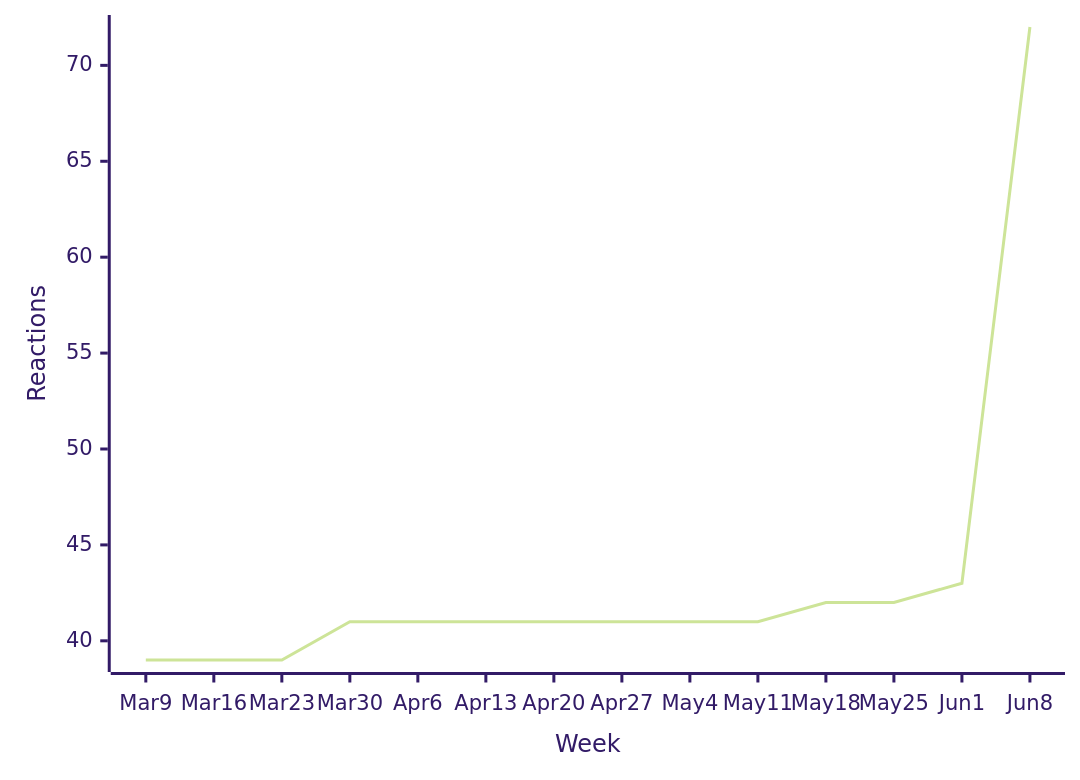
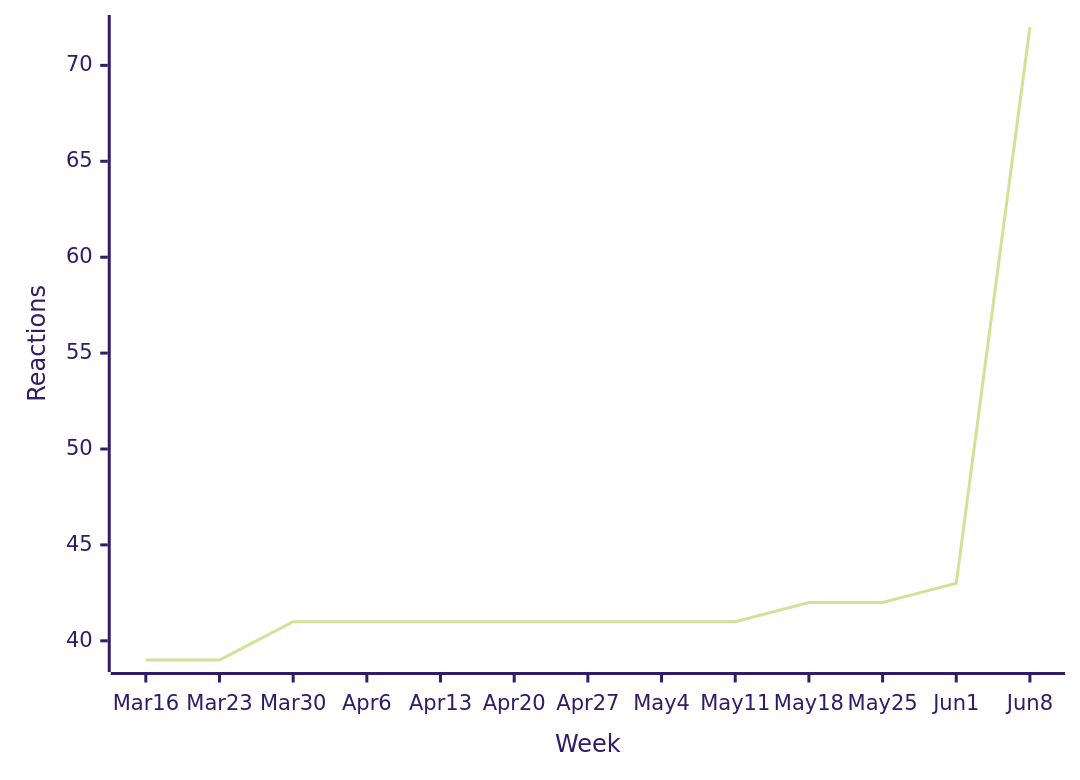
The third of 45 diagrams in README.md (loic-sharma/github-insights), drawn with Mermaid (forest theme) before and after one commit. The commit also changed other lines of this file and 3 other files, not shown here.

````diff
--- a/README.md
+++ b/README.md
@@ -373,6 +373,6 @@
   ```mermaid
   xychart-beta
-    x-axis "Week" [Mar 9, Mar 16, Mar 23, Mar 30, Apr 6, Apr 13, Apr 20, Apr 27, May 4, May 11, May 18, May 25, Jun 1, Jun 8]
+    x-axis "Week" [Mar 16, Mar 23, Mar 30, Apr 6, Apr 13, Apr 20, Apr 27, May 4, May 11, May 18, May 25, Jun 1, Jun 8]
     y-axis "Reactions"
-    line [39, 39, 39, 41, 41, 41, 41, 41, 41, 41, 42, 42, 43, 72]
+    line [39, 39, 41, 41, 41, 41, 41, 41, 41, 42, 42, 43, 72]
   ```
````
